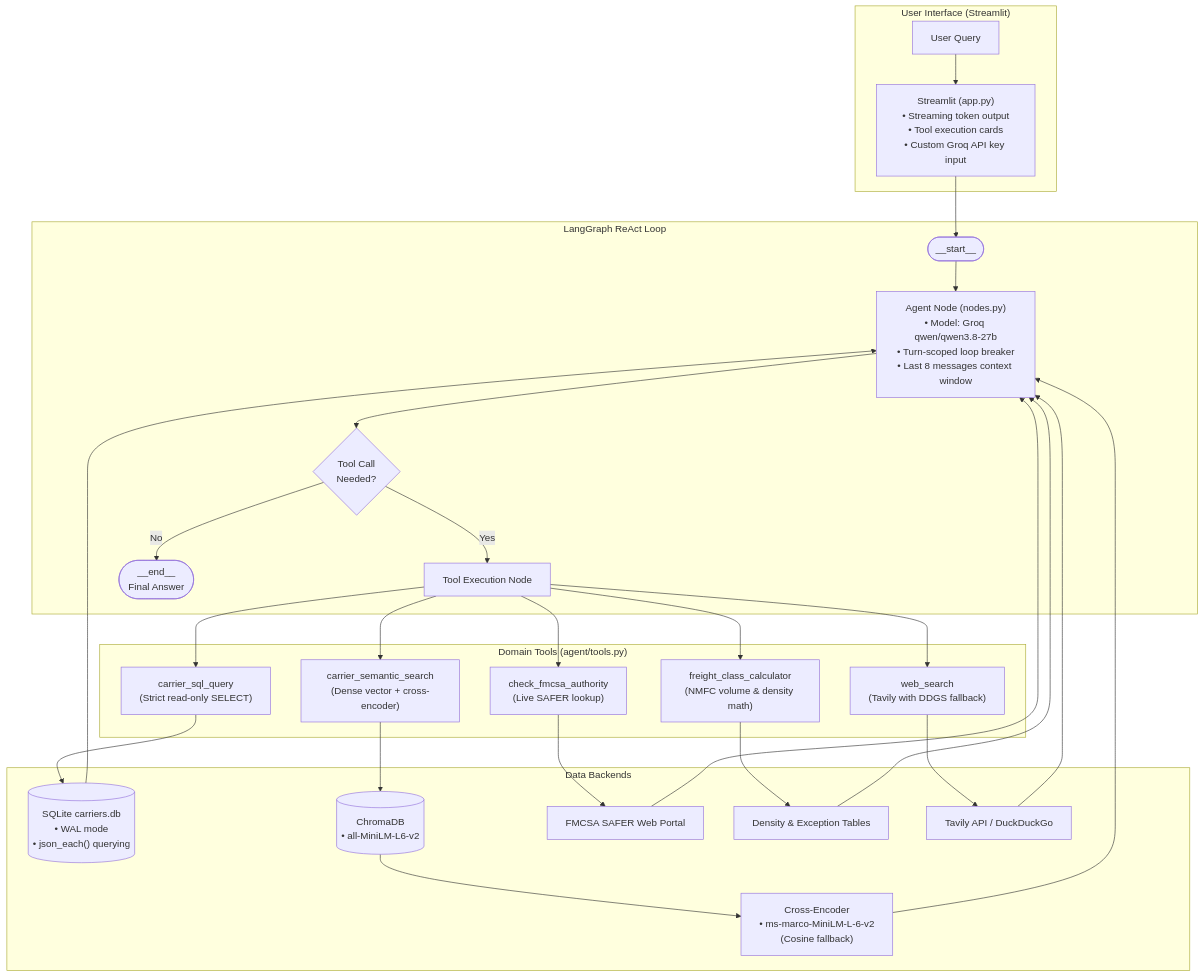
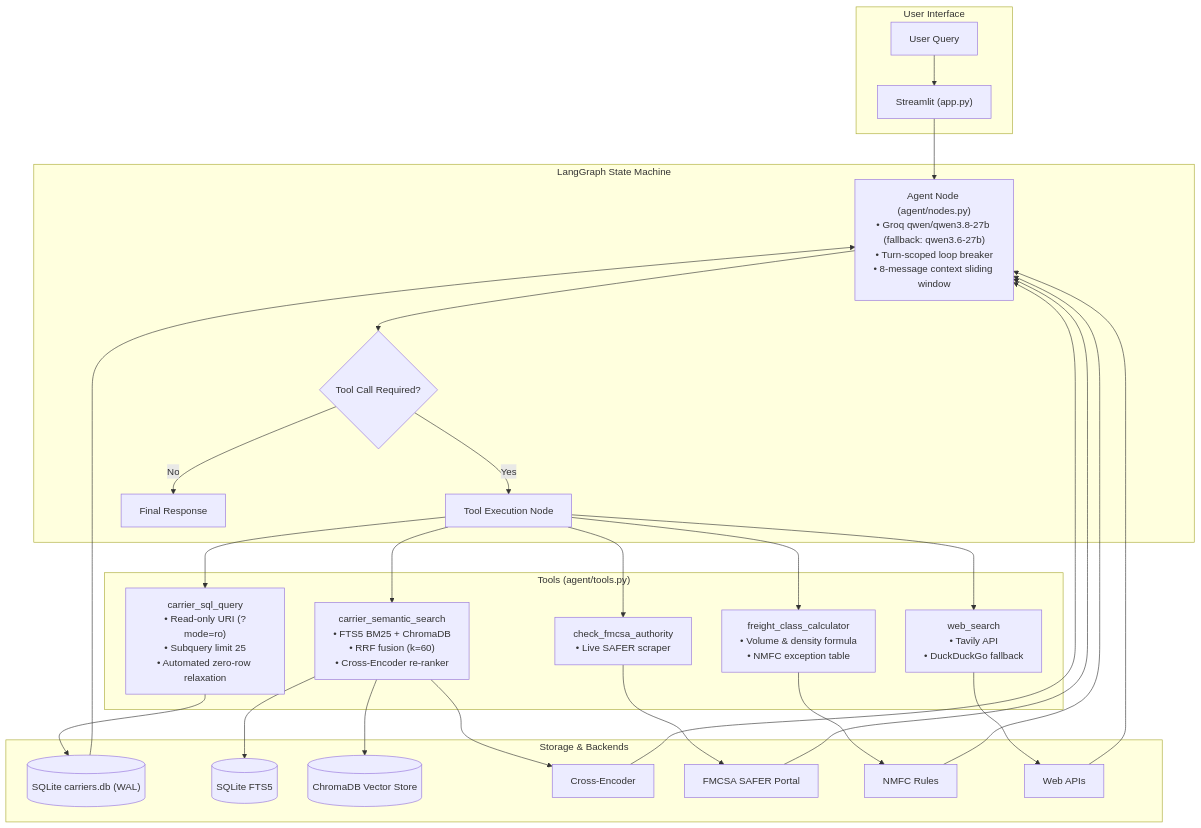
One commit to yyouretoast/freightiq changed the diagram in README.md. Above: the diagram before and after it, drawn with Mermaid. The commit also changed other lines of this file and 1 other file, not shown here.

````diff
--- a/README.md
+++ b/README.md
@@ -77,55 +63,51 @@
 ```mermaid
 flowchart TD
-    subgraph UI ["User Interface (Streamlit)"]
-        User["User Query"] --> App["Streamlit (app.py)
-• Streaming token output
-• Tool execution cards
-• Custom Groq API key input"]
+    subgraph UI ["User Interface"]
+        User["User Query"] --> Streamlit["Streamlit (app.py)"]
     end
 
-    subgraph AgentLoop ["LangGraph ReAct Loop"]
-        App --> StartNode(["__start__"])
-        StartNode --> Agent["Agent Node (nodes.py)
-• Model: Groq qwen/qwen3.8-27b
+    subgraph Orchestrator ["LangGraph State Machine"]
+        Streamlit --> Agent["Agent Node (agent/nodes.py)
+• Groq qwen/qwen3.8-27b (fallback: qwen3.6-27b)
 • Turn-scoped loop breaker
-• Last 8 messages context window"]
-        Agent --> Router{"Tool Call
-Needed?"}
+• 8-message context sliding window"]
+        Agent --> Router{"Tool Call Required?"}
         Router -- "Yes" --> ToolNode["Tool Execution Node"]
-        Router -- "No" --> EndNode(["__end__
-Final Answer"])
+        Router -- "No" --> Output["Final Response"]
     end
 
-    subgraph Tools ["Domain Tools (agent/tools.py)"]
+    subgraph Tools ["Tools (agent/tools.py)"]
         ToolNode --> T1["carrier_sql_query
-(Strict read-only SELECT)"]
+• Read-only URI (?mode=ro)
+• Subquery limit 25
+• Automated zero-row relaxation"]
         ToolNode --> T2["carrier_semantic_search
-(Dense vector + cross-encoder)"]
+• FTS5 BM25 + ChromaDB
+• RRF fusion (k=60)
+• Cross-Encoder re-ranker"]
         ToolNode --> T3["check_fmcsa_authority
-(Live SAFER lookup)"]
+• Live SAFER scraper"]
         ToolNode --> T4["freight_class_calculator
-(NMFC volume & density math)"]
+• Volume & density formula
+• NMFC exception table"]
         ToolNode --> T5["web_search
-(Tavily with DDGS fallback)"]
+• Tavily API
+• DuckDuckGo fallback"]
     end
 
-    subgraph Backends ["Data Backends"]
-        T1 --> SQLite[("SQLite carriers.db
-• WAL mode
-• json_each() querying")]
-        T2 --> Chroma[("ChromaDB
-• all-MiniLM-L6-v2")]
-        Chroma --> CrossEncoder["Cross-Encoder
-• ms-marco-MiniLM-L-6-v2
-(Cosine fallback)"]
-        T3 --> SAFER["FMCSA SAFER Web Portal"]
-        T4 --> MathEngine["Density & Exception Tables"]
-        T5 --> SearchBackends["Tavily API / DuckDuckGo"]
+    subgraph Data ["Storage & Backends"]
+        T1 --> DB[("SQLite carriers.db (WAL)")]
+        T2 --> FTS[("SQLite FTS5")]
+        T2 --> Chroma[("ChromaDB Vector Store")]
+        T2 --> CrossEnc["Cross-Encoder"]
+        T3 --> SAFER["FMCSA SAFER Portal"]
+        T4 --> Tables["NMFC Rules"]
+        T5 --> Web["Web APIs"]
     end
 
-    SQLite --> Agent
-    CrossEncoder --> Agent
+    DB --> Agent
+    CrossEnc --> Agent
     SAFER --> Agent
-    MathEngine --> Agent
-    SearchBackends --> Agent
+    Tables --> Agent
+    Web --> Agent
 ```
````
